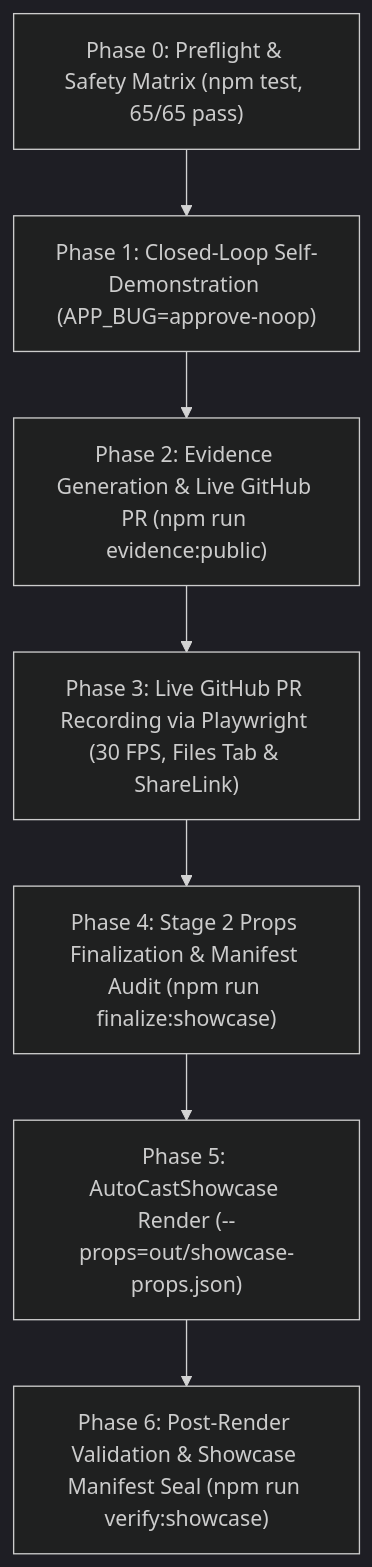
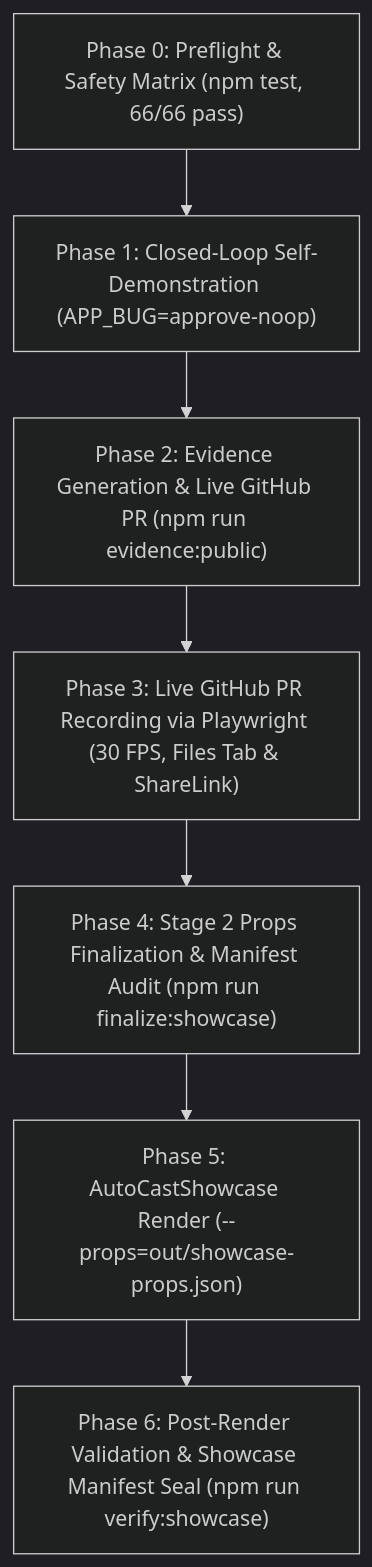
Before and after one commit to nikhil-r0/autocast: the second of 2 diagrams in docs/ARCHITECTURE.md, drawn with Mermaid (dark theme). The commit also changed other lines of this file and 12 other files, not shown here.

````diff
--- a/docs/ARCHITECTURE.md
+++ b/docs/ARCHITECTURE.md
@@ -559,9 +559,9 @@
 ```mermaid
 flowchart TD
-    P0["Phase 0: Preflight & Safety Matrix (npm test, 65/65 pass)"] --> P1["Phase 1: Closed-Loop Self-Demonstration (APP_BUG=approve-noop)"]
+    P0["Phase 0: Preflight & Safety Matrix (npm test, 66/66 pass)"] --> P1["Phase 1: Closed-Loop Self-Demonstration (APP_BUG=approve-noop)"]
     P1 --> P2["Phase 2: Evidence Generation & Live GitHub PR (npm run evidence:public)"]
     P2 --> P3["Phase 3: Live GitHub PR Recording via Playwright (30 FPS, Files Tab & ShareLink)"]
     P3 --> P4["Phase 4: Stage 2 Props Finalization & Manifest Audit (npm run finalize:showcase)"]
     P4 --> P5["Phase 5: AutoCastShowcase Render (--props=out/showcase-props.json)"]
     P5 --> P6["Phase 6: Post-Render Validation & Showcase Manifest Seal (npm run verify:showcase)"]
 ```
````
